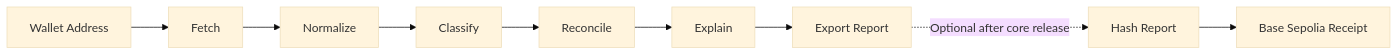
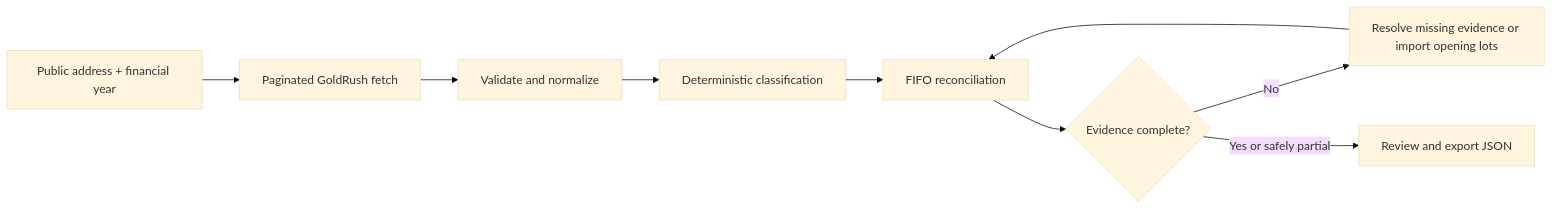
Before and after one commit to Pratyush-kya/ledgerproof-india: the diagram in README.md, drawn with Mermaid (base theme). The commit also changed other lines of this file and 27 other files, not shown here.

Commit message:
docs: finalize Day 7 rule-only release evidence

````diff
--- a/README.md
+++ b/README.md
@@ -54,11 +40,11 @@
 ```mermaid
 flowchart LR
-    A["Wallet Address"] --> B["Fetch"]
-    B --> C["Normalize"]
-    C --> D["Classify"]
-    D --> E["Reconcile"]
-    E --> F["Explain"]
-    F --> G["Export Report"]
-    G -. "Optional after core release" .-> H["Hash Report"]
-    H --> I["Base Sepolia Receipt"]
+    A["Public address + financial year"] --> B["Paginated GoldRush fetch"]
+    B --> C["Validate and normalize"]
+    C --> D["Deterministic classification"]
+    D --> E["FIFO reconciliation"]
+    E --> F{"Evidence complete?"}
+    F -- "No" --> G["Resolve missing evidence or import opening lots"]
+    G --> E
+    F -- "Yes or safely partial" --> H["Review and export JSON"]
 ```
````
